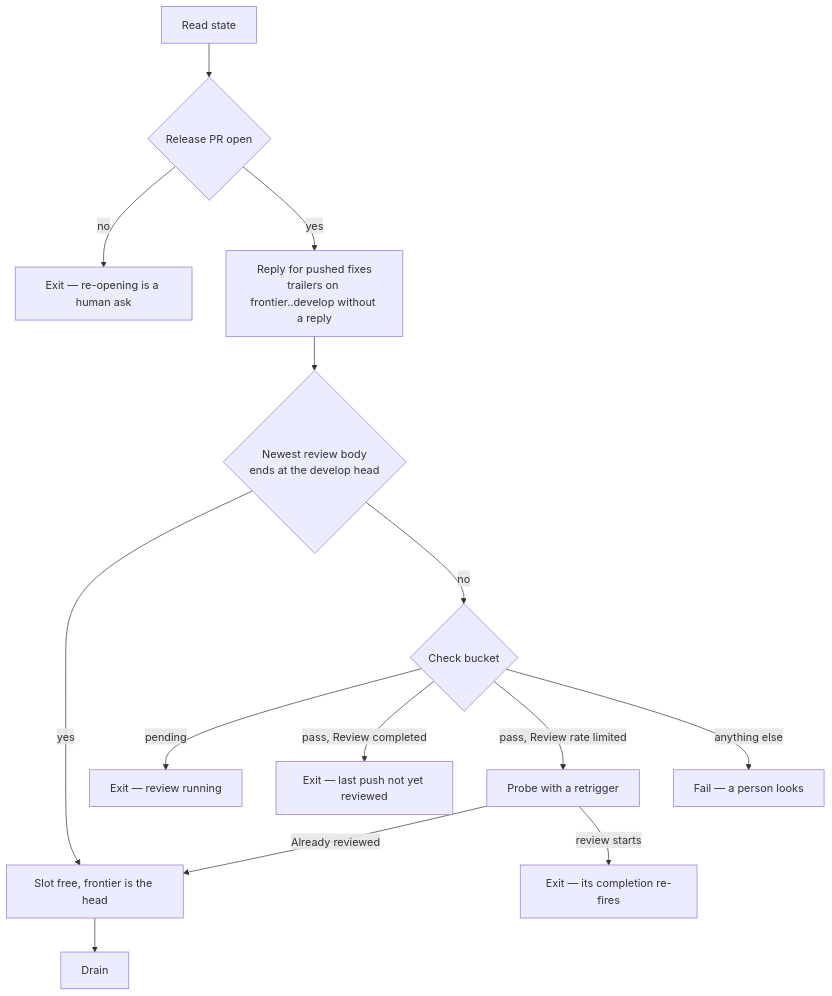
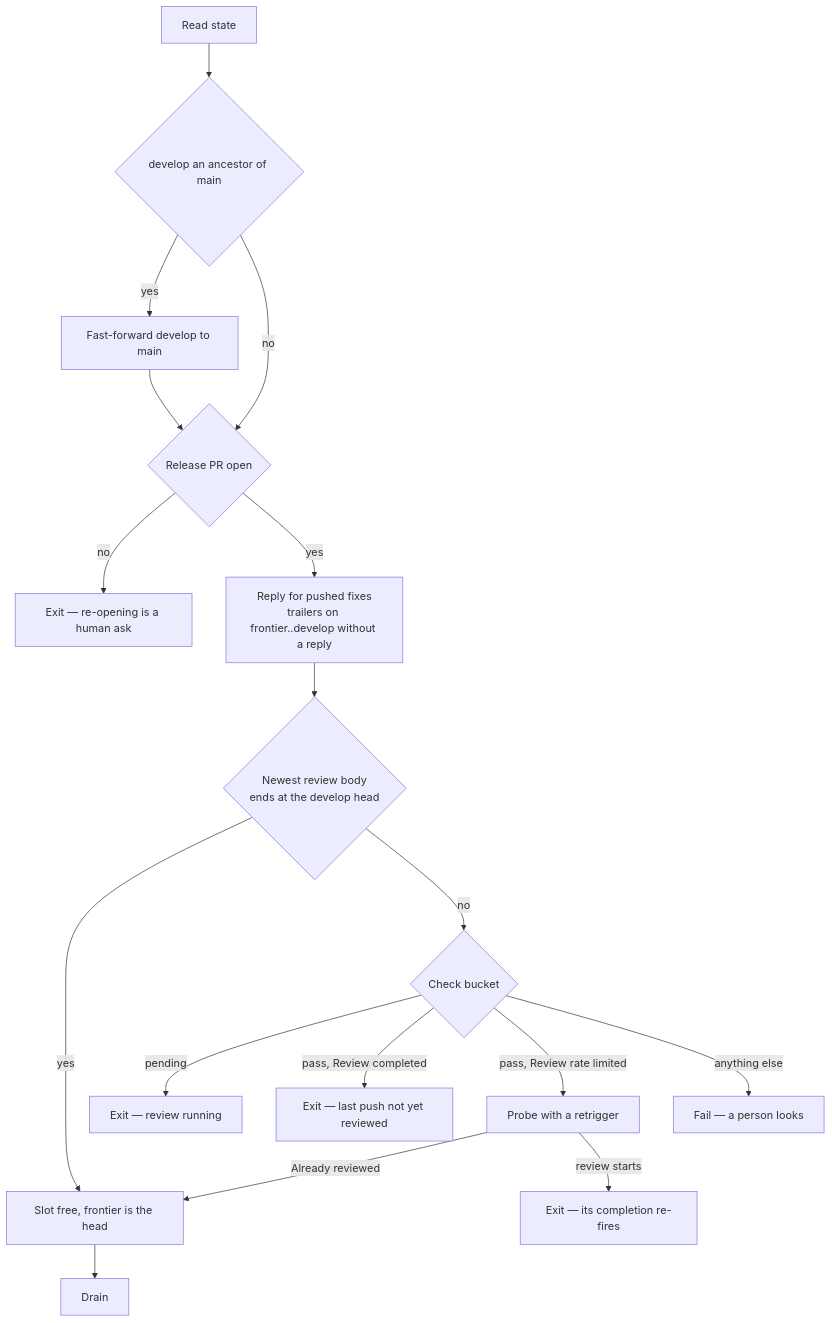
The first of 2 diagrams in apps/web/content/docs/proposals/infra/review-collector/collection-cycle.md (Esposter/Esposter), drawn with Mermaid before and after one commit. The commit also changed other lines of this file and 9 other files, not shown here.

First line of the commit message:
feat(scripts): the return stroke — develop follows main by fast-forward after a release, and a bump on main rides the next window

````diff
--- a/apps/web/content/docs/proposals/infra/review-collector/collection-cycle.md
+++ b/apps/web/content/docs/proposals/infra/review-collector/collection-cycle.md
@@ -28,16 +32,19 @@
 ```mermaid
 flowchart TD
-  S[Read state] --> PR{Release PR open}
+  S[Read state] --> RS{develop an ancestor of main}
+  RS -->|yes| FF[Fast-forward develop to main]
+  RS -->|no| PR
+  FF --> PR{Release PR open}
   PR -->|no| X0[Exit — re-opening is a human ask]
   PR -->|yes| RP[Reply for pushed fixes<br/>trailers on frontier..develop without a reply]
   RP --> B{Newest review body<br/>ends at the develop head}
   B -->|yes| OK[Slot free, frontier is the head]
   B -->|no| ST{Check bucket}
   ST -->|pending| X1[Exit — review running]
   ST -->|pass, Review completed| X2[Exit — last push not yet reviewed]
   ST -->|pass, Review rate limited| PB[Probe with a retrigger]
   PB -->|Already reviewed| OK
   PB -->|review starts| X3[Exit — its completion re-fires]
   ST -->|anything else| X4[Fail — a person looks]
   OK --> D[Drain]
 ```
````
